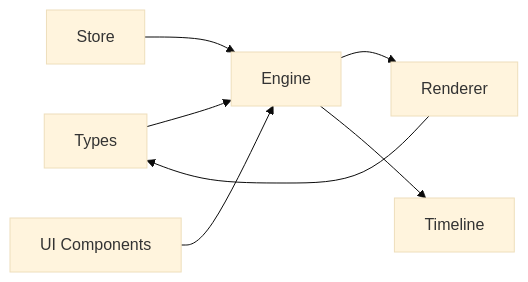
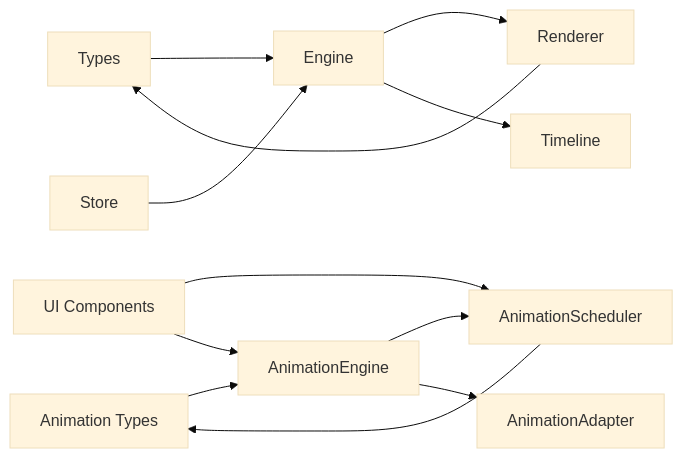
Before and after one commit to Anna0314zy/ai_editor_enginer: diagram 20 of 20 in .qoder/repowiki/en/content/Animation System/Animation Playback Control.md, drawn with Mermaid (base theme). The commit also changed other lines of this file and 12 other files, not shown here.

````diff
--- a/.qoder/repowiki/en/content/Animation System/Animation Playback Control.md
+++ b/.qoder/repowiki/en/content/Animation System/Animation Playback Control.md
@@ -428,9 +689,14 @@
 ```mermaid
 graph LR
 Types["Types"] --> Engine["Engine"]
 Store["Store"] --> Engine
 Engine --> Renderer["Renderer"]
 Engine --> Timeline["Timeline"]
+AnimationTypes["Animation Types"] --> AnimationEngine["AnimationEngine"]
+AnimationEngine --> AnimationScheduler["AnimationScheduler"]
+AnimationEngine --> AnimationAdapter["AnimationAdapter"]
+AnimationScheduler --> AnimationTypes
+UI["UI Components"] --> AnimationScheduler
+UI --> AnimationEngine
 Renderer --> Types
-UI["UI Components"] --> Engine
 ```
````
